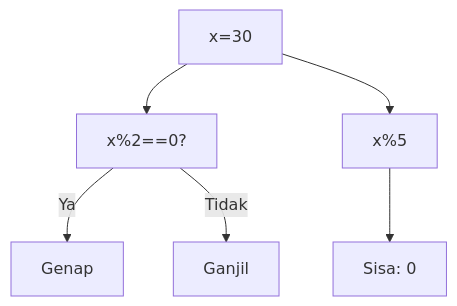
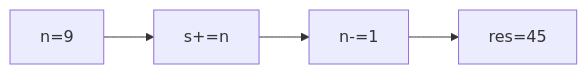
One commit to amnahwaida/OSNK_INF_PREP changed diagram 11 of 25 in part-c-pemahaman-cpp/03-perulangan/latihan/set-10.md. Above: the diagram before and after it, drawn with Mermaid. The commit also changed other lines of this file and 71 other files, not shown here.

````diff
--- a/part-c-pemahaman-cpp/03-perulangan/latihan/set-10.md
+++ b/part-c-pemahaman-cpp/03-perulangan/latihan/set-10.md
@@ -363,8 +291,6 @@
 ```mermaid
-graph TD
-A["x=30"] --> B["x%2==0?"]
-B -- Ya --> C["Genap"]
-B -- Tidak --> D["Ganjil"]
-A --> E["x%5"]
-E --> F["Sisa: 0"]
+graph LR
+A["n=9"] --> B["s+=n"]
+B --> C["n-=1"]
+C --> D["res=45"]
 ```
````
